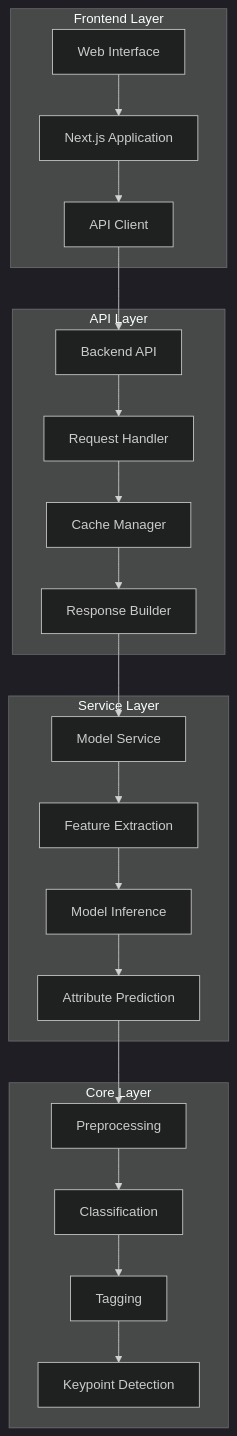
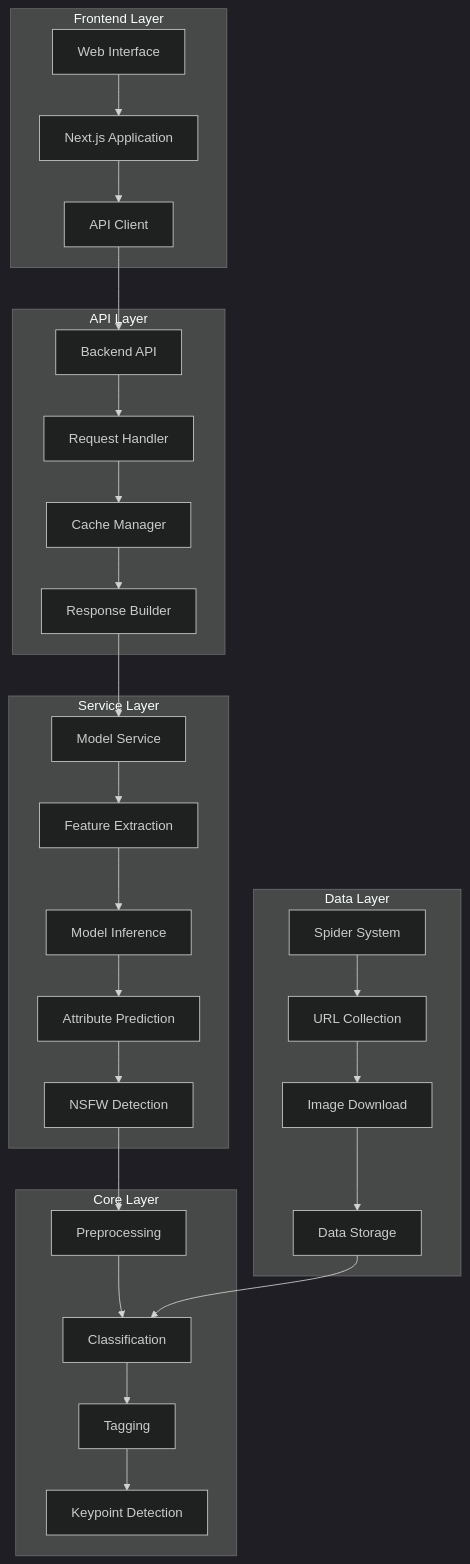
The first of 2 diagrams in README.md (caozhaoqi/anime_role_detect), drawn with Mermaid (dark theme) before and after one commit. The commit also changed other lines of this file and 1 other file, not shown here.

````diff
--- a/README.md
+++ b/README.md
@@ -129,29 +129,37 @@
 ```mermaid
 flowchart TD
     subgraph Frontend Layer
         A[Web Interface] --> B[Next.js Application]
         B --> C[API Client]
     end
     
     subgraph API Layer
         D[Backend API] --> E[Request Handler]
         E --> F[Cache Manager]
         F --> G[Response Builder]
     end
     
     subgraph Service Layer
         H[Model Service] --> I[Feature Extraction]
         I --> J[Model Inference]
         J --> K[Attribute Prediction]
+        K --> L[NSFW Detection]
     end
     
     subgraph Core Layer
-        L[Preprocessing] --> M[Classification]
-        M --> N[Tagging]
-        N --> O[Keypoint Detection]
+        M[Preprocessing] --> N[Classification]
+        N --> O[Tagging]
+        O --> P[Keypoint Detection]
+    end
+    
+    subgraph Data Layer
+        Q[Spider System] --> R[URL Collection]
+        R --> S[Image Download]
+        S --> T[Data Storage]
     end
     
     C --> D
     G --> H
-    K --> L
+    L --> M
+    T --> N
 ```
````
